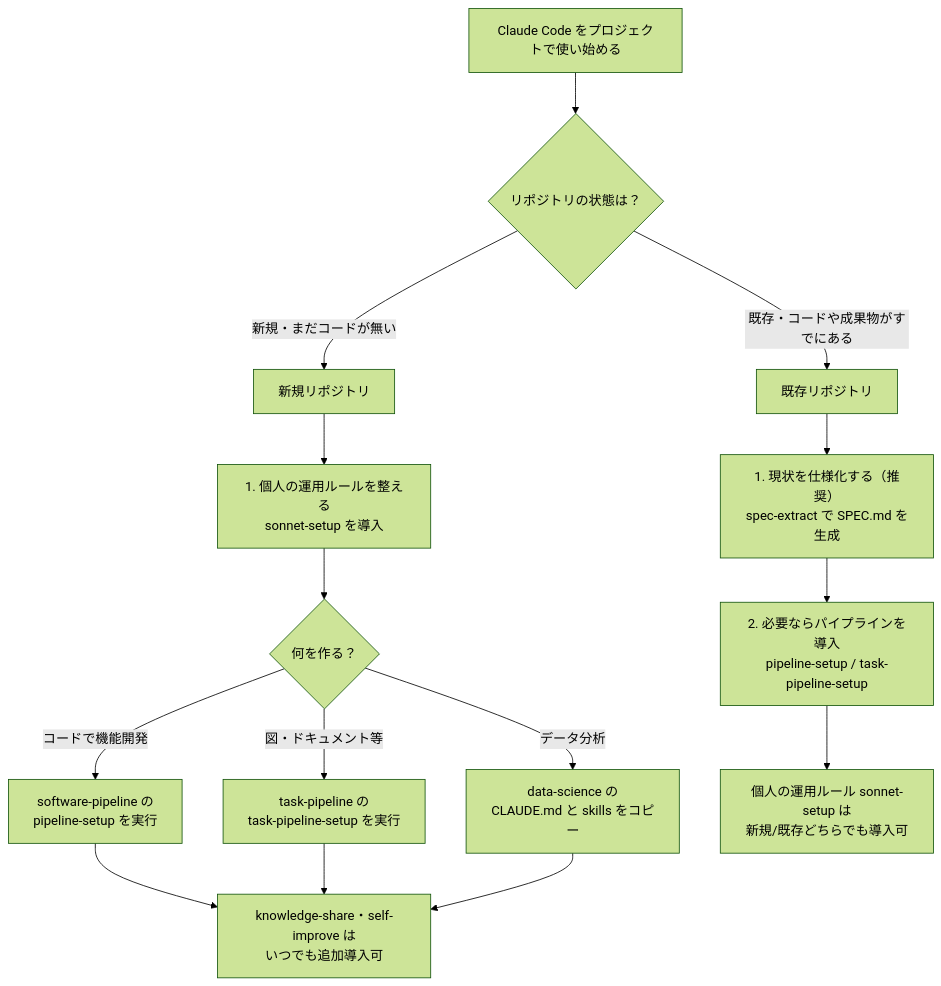
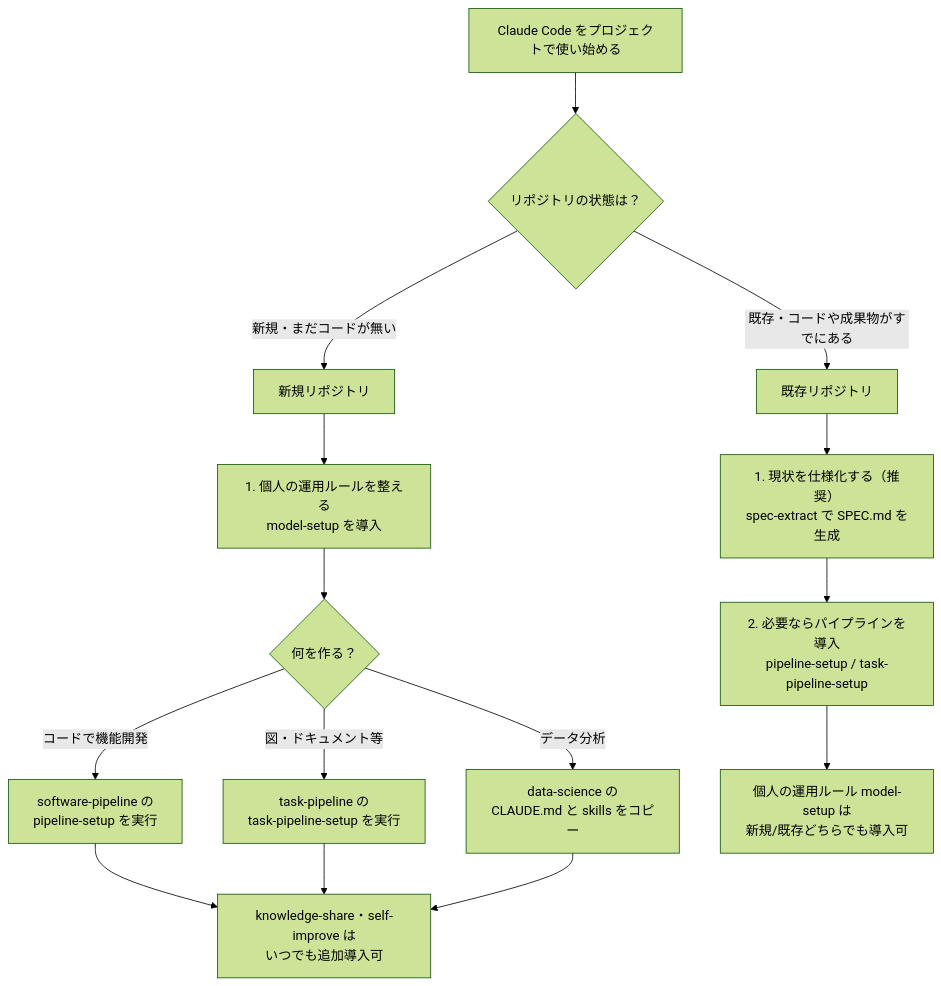
The first of 2 diagrams in README.md (mrkxlia/claude-code-workbench-ja), drawn with Mermaid (forest theme) before and after one commit. The commit also changed other lines of this file and 19 other files, not shown here.

First line of the commit message:
sonnet-setup を model-setup に改名（Opus も対象と分かる名前に）

````diff
--- a/README.md
+++ b/README.md
@@ -9,19 +9,19 @@
 ```mermaid
 flowchart TD
     Start["Claude Code をプロジェクトで使い始める"] --> Q{"リポジトリの状態は？"}
     Q -->|"新規・まだコードが無い"| New["新規リポジトリ"]
     Q -->|"既存・コードや成果物がすでにある"| Existing["既存リポジトリ"]
 
-    New --> N1["1. 個人の運用ルールを整える<br/>sonnet-setup を導入"]
+    New --> N1["1. 個人の運用ルールを整える<br/>model-setup を導入"]
     N1 --> N2{"何を作る？"}
     N2 -->|"コードで機能開発"| N3["software-pipeline の<br/>pipeline-setup を実行"]
     N2 -->|"図・ドキュメント等"| N4["task-pipeline の<br/>task-pipeline-setup を実行"]
     N2 -->|"データ分析"| N5["data-science の<br/>CLAUDE.md と skills をコピー"]
     N3 --> N6["knowledge-share・self-improve は<br/>いつでも追加導入可"]
     N4 --> N6
     N5 --> N6
 
     Existing --> E1["1. 現状を仕様化する（推奨）<br/>spec-extract で SPEC.md を生成"]
     E1 --> E2["2. 必要ならパイプラインを導入<br/>pipeline-setup / task-pipeline-setup"]
-    E2 --> E3["個人の運用ルール sonnet-setup は<br/>新規/既存どちらでも導入可"]
+    E2 --> E3["個人の運用ルール model-setup は<br/>新規/既存どちらでも導入可"]
 ```
````
